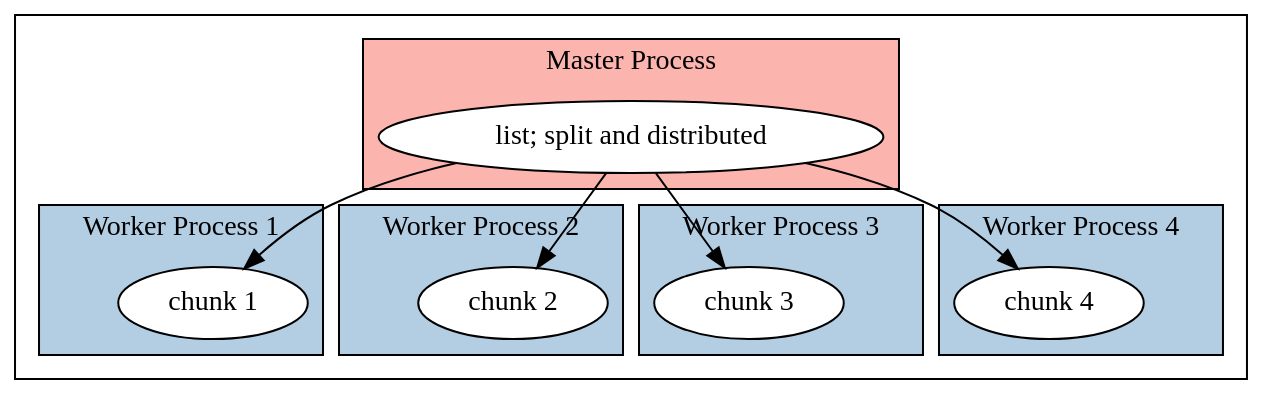
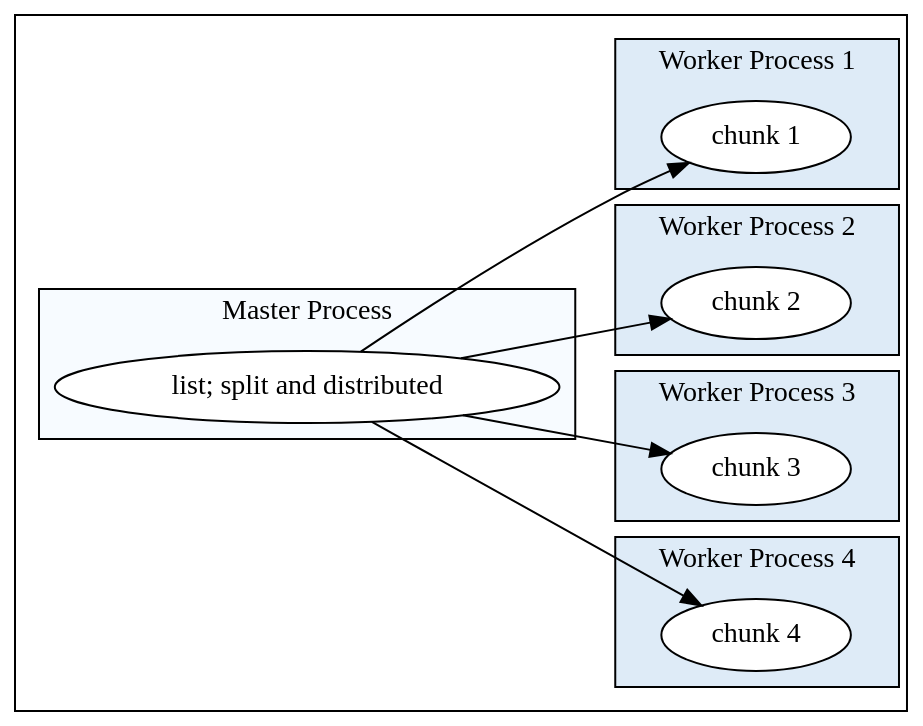
One commit to jcai849/phd changed the diagram in doc/snow.dot. Above: the diagram before and after it, drawn with Graphviz. The commit also changed 5 other files, not shown here.

```diff
--- a/doc/snow.dot
+++ b/doc/snow.dot
@@ -1,40 +1,41 @@
 digraph snow {
-	colorscheme="pastel13"
+	colorscheme="Blues9"
+	rankdir="LR";
 	node [style="filled", fillcolor=white];
 	style="filled";
 
 	subgraph cluster_master {
 		label="Master Process";
 		fillcolor=1;
 		o1[label="list; split and distributed"];
 	}
 
 	subgraph cluster_worker1 {
 		label="Worker Process 1";
 		fillcolor=2;
 		w1[label="chunk 1"];
 	}
 
 	subgraph cluster_worker2 {
 		label="Worker Process 2";
 		fillcolor=2;
 		w2[label="chunk 2"];
 	}
 
 	subgraph cluster_worker3 {
 		label="Worker Process 3";
 		fillcolor=2;
 		w3[label="chunk 3"];
 	}
 
 	subgraph cluster_worker4 {
 		label="Worker Process 4";
 		fillcolor=2;
 		w4[label="chunk 4"];
 	}
 	
 	o1 -> w1;
 	o1 -> w2;
 	o1 -> w3;
 	o1 -> w4;
 }
```
